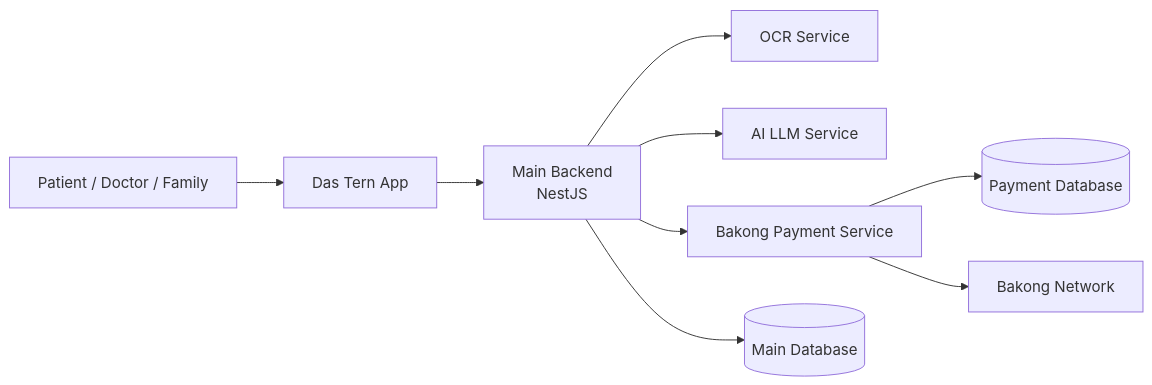
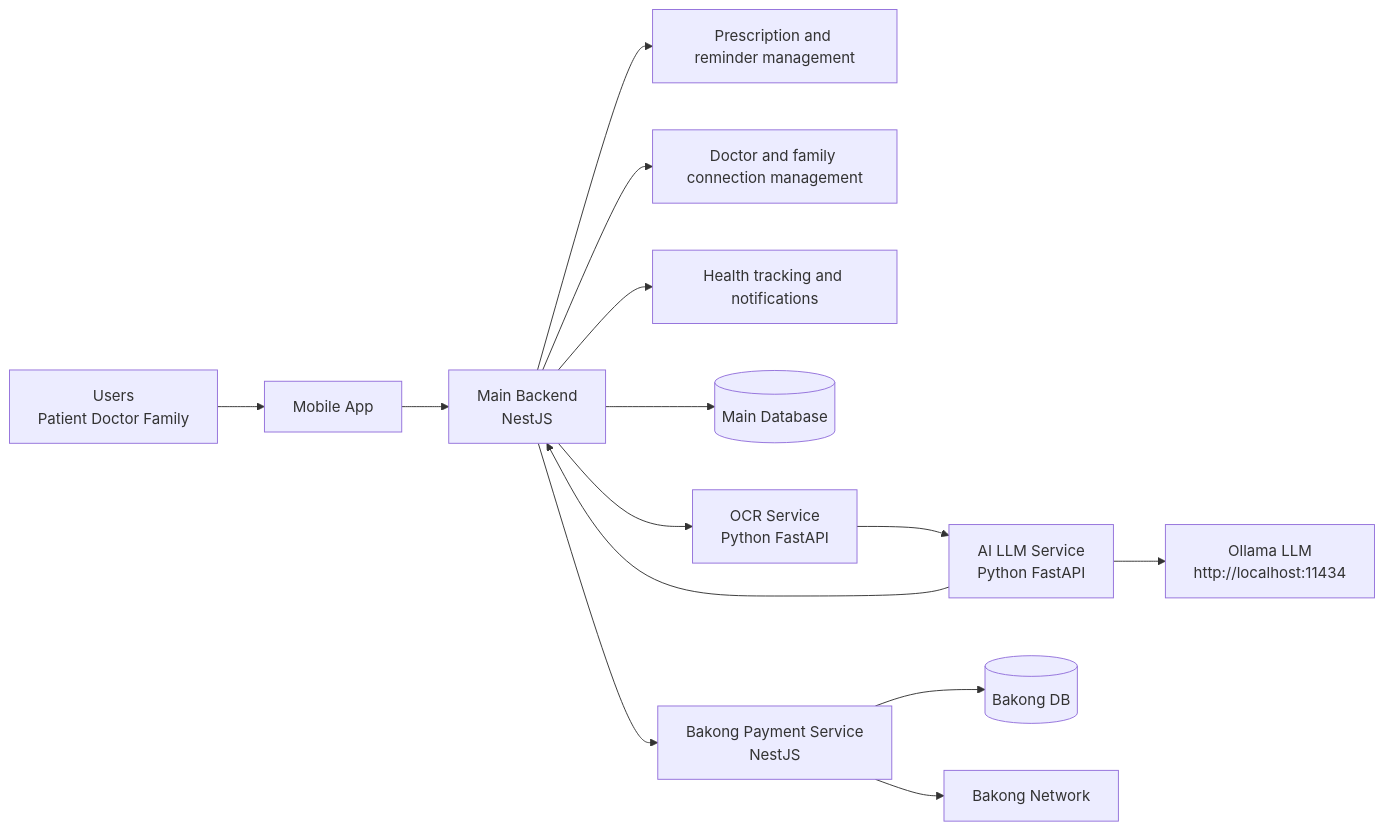
The first of 2 diagrams in docs/architectures/overall_architecture_overview.md (Choeng-Rayu/das-tern), drawn with Mermaid before and after one commit. The commit also changed other lines of this file and 11 other files, not shown here.

Commit message:
add add docs for architecture

````diff
--- a/docs/architectures/overall_architecture_overview.md
+++ b/docs/architectures/overall_architecture_overview.md
@@ -5,11 +5,19 @@
 ```mermaid
 flowchart LR
-    U[Patient / Doctor / Family] --> A[Das Tern App]
-    A --> B[Main Backend\nNestJS]
-    B --> C[OCR Service]
-    B --> D[AI LLM Service]
-    B --> E[Bakong Payment Service]
-    B --> F[(Main Database)]
-    E --> G[(Payment Database)]
-    E --> H[Bakong Network]
+    U[Users\nPatient Doctor Family] --> APP[Mobile App]
+    APP --> BE[Main Backend\nNestJS]
+
+    BE --> RX[Prescription and reminder management]
+    BE --> CONN[Doctor and family connection management]
+    BE --> HEALTH[Health tracking and notifications]
+    BE --> DB[(Main Database)]
+
+    BE --> OCR[OCR Service\nPython FastAPI]
+    OCR --> AI[AI LLM Service\nPython FastAPI]
+    AI --> OLLAMA[Ollama LLM\nhttp://localhost:11434]
+    AI --> BE
+
+    BE --> PAY[Bakong Payment Service\nNestJS]
+    PAY --> PAYDB[(Bakong DB)]
+    PAY --> BAKONG[Bakong Network]
 ```
````
